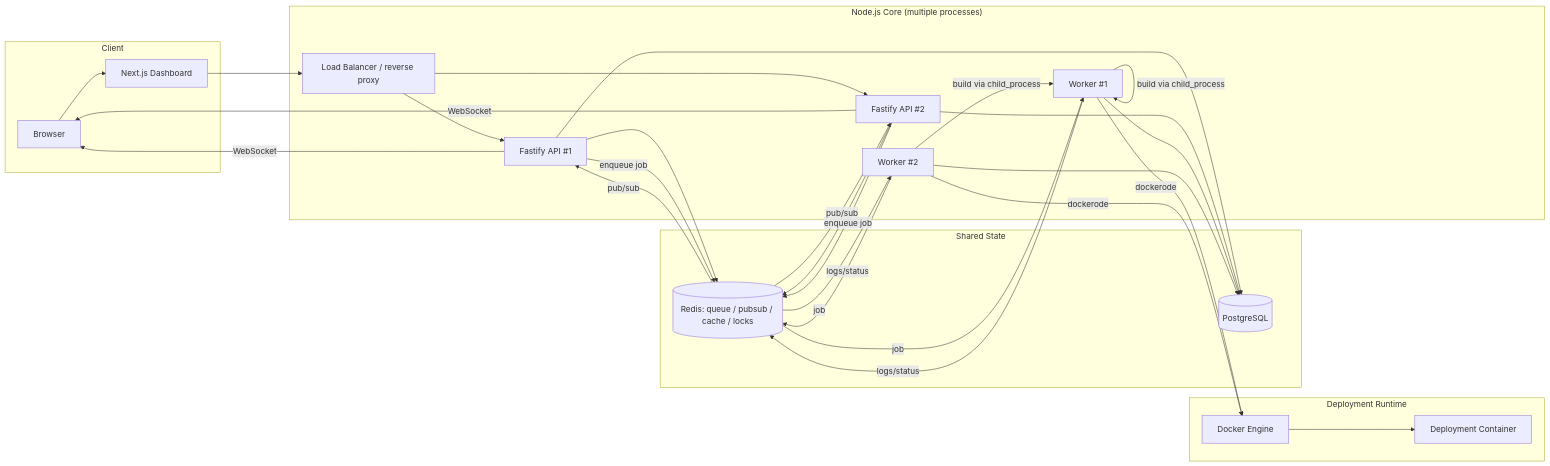
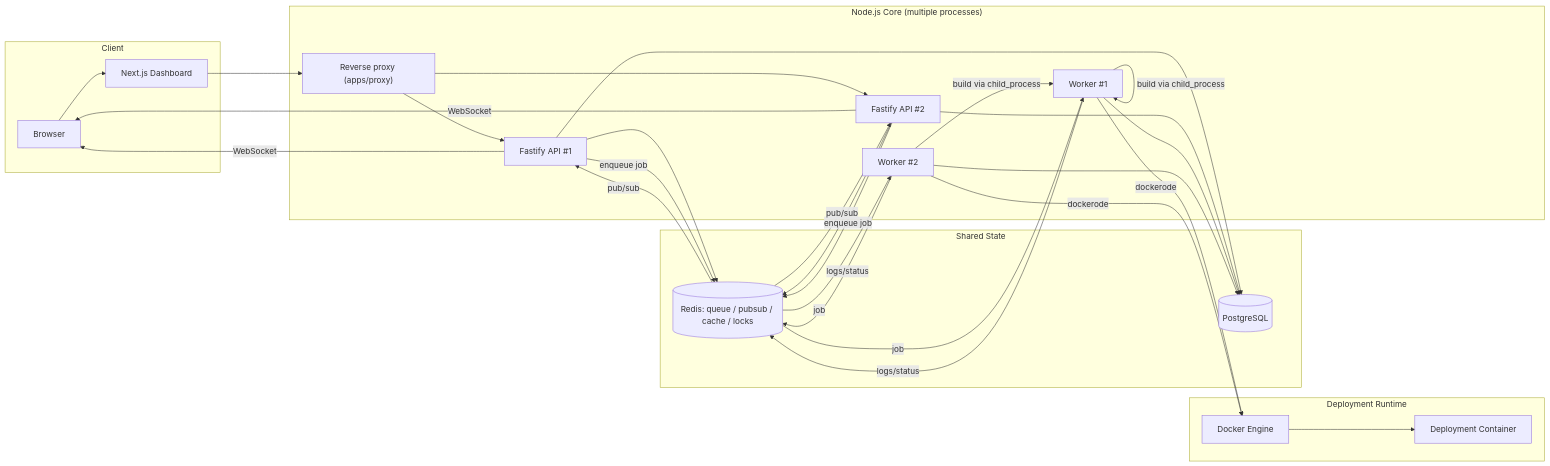
One commit to sushanka719/mini-cloud-platform changed the first of 5 diagrams in docs/ARCHITECTURE.md. Above: the diagram before and after it, drawn with Mermaid. The commit also changed other lines of this file and 134 other files, not shown here.

````diff
--- a/docs/ARCHITECTURE.md
+++ b/docs/ARCHITECTURE.md
@@ -9,35 +9,35 @@
 ```mermaid
 flowchart LR
     subgraph Client
       B[Browser]
       D[Next.js Dashboard]
     end
     subgraph Core["Node.js Core (multiple processes)"]
-      LB[Load Balancer / reverse proxy]
+      LB["Reverse proxy (apps/proxy)"]
       API1[Fastify API #1]
       API2[Fastify API #2]
       W1[Worker #1]
       W2[Worker #2]
     end
     subgraph State["Shared State"]
       PG[(PostgreSQL)]
       RD[(Redis: queue / pubsub / cache / locks)]
     end
     subgraph Runtime["Deployment Runtime"]
       DK[Docker Engine]
       C1[Deployment Container]
     end
 
     B --> D --> LB
     LB --> API1 & API2
     API1 & API2 --> PG
     API1 & API2 --> RD
     API1 & API2 -- enqueue job --> RD
     RD -- job --> W1 & W2
     W1 & W2 --> PG
     W1 & W2 -- build via child_process --> W1
     W1 & W2 -- dockerode --> DK --> C1
     W1 & W2 -- logs/status --> RD
     RD -- pub/sub --> API1 & API2
     API1 & API2 -- WebSocket --> B
 ```
````
